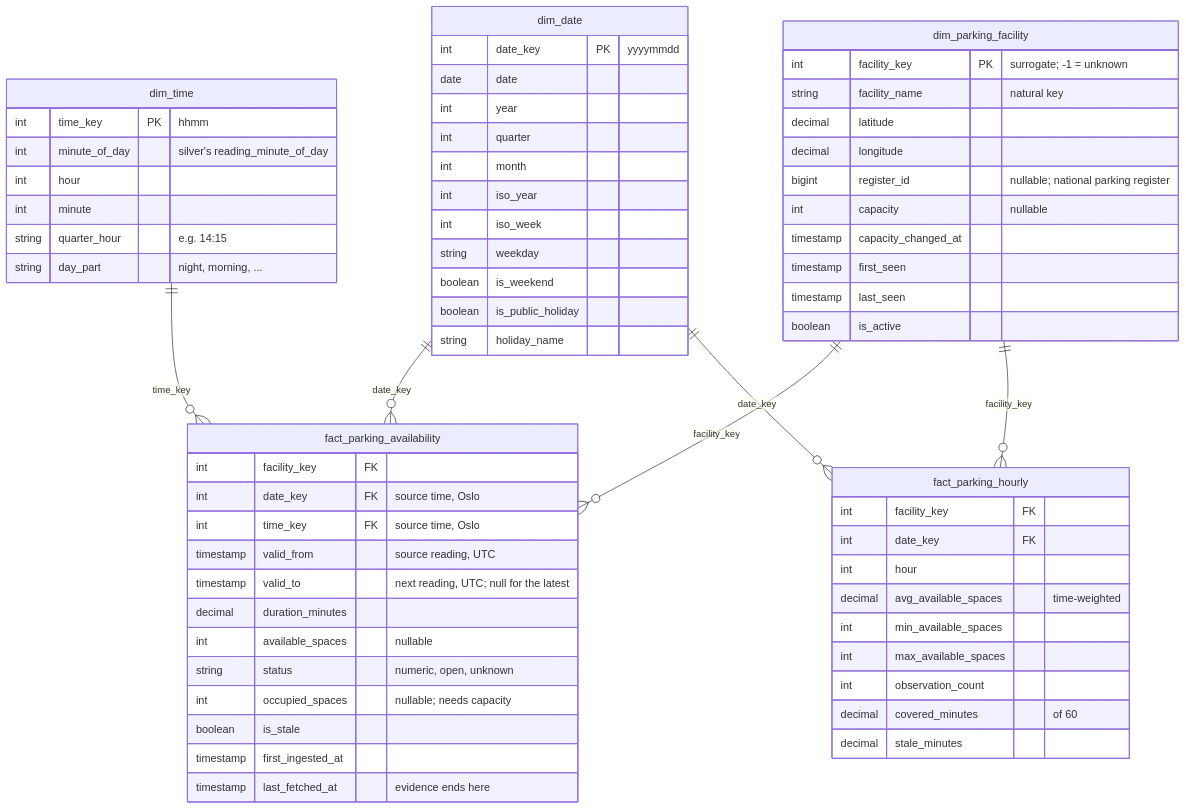
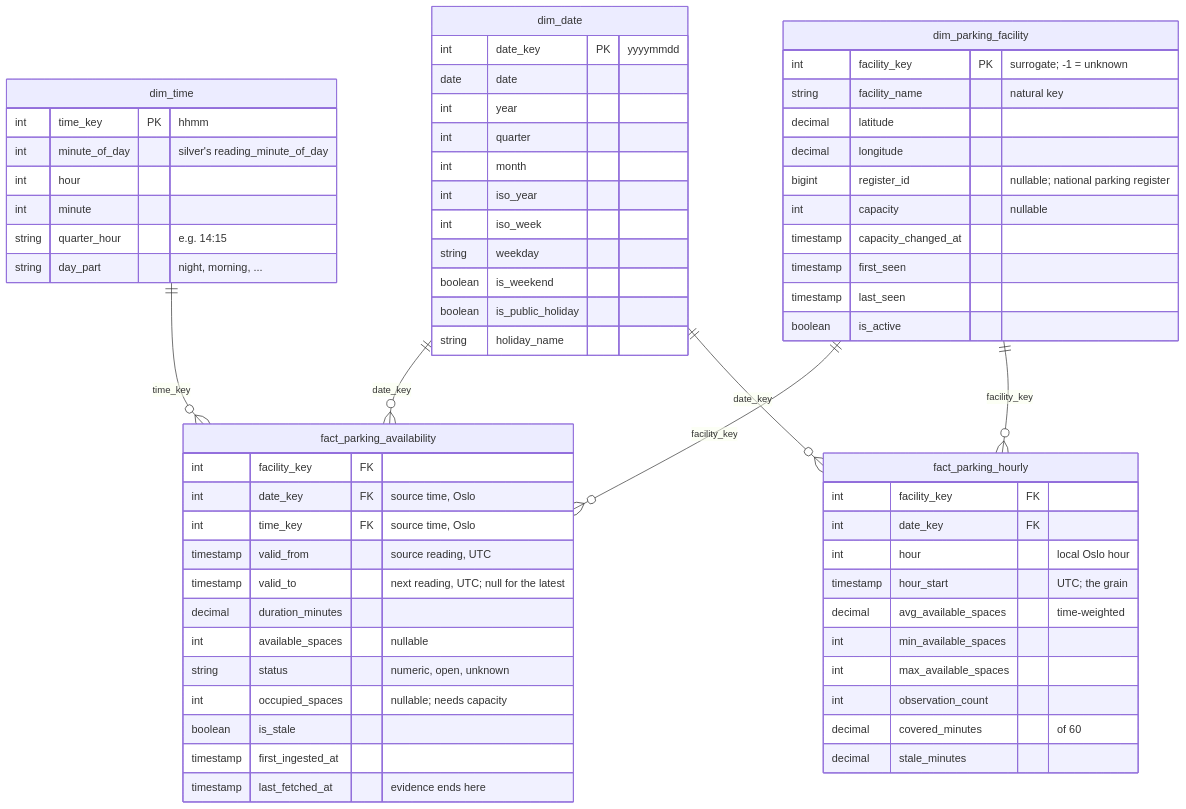
One commit to VirtueMe/stavangerparking changed the third of 3 diagrams in docs/architecture.md. Above: the diagram before and after it, drawn with Mermaid. The commit also changed 11 other files, not shown here.

````diff
--- a/docs/architecture.md
+++ b/docs/architecture.md
@@ -96,71 +96,72 @@
 ```mermaid
 erDiagram
     dim_date ||--o{ fact_parking_availability : "date_key"
     dim_time ||--o{ fact_parking_availability : "time_key"
     dim_parking_facility ||--o{ fact_parking_availability : "facility_key"
     dim_date ||--o{ fact_parking_hourly : "date_key"
     dim_parking_facility ||--o{ fact_parking_hourly : "facility_key"
 
     dim_date {
         int date_key PK "yyyymmdd"
         date date
         int year
         int quarter
         int month
         int iso_year
         int iso_week
         string weekday
         boolean is_weekend
         boolean is_public_holiday
         string holiday_name
     }
 
     dim_time {
         int time_key PK "hhmm"
         int minute_of_day "silver's reading_minute_of_day"
         int hour
         int minute
         string quarter_hour "e.g. 14:15"
         string day_part "night, morning, ..."
     }
 
     dim_parking_facility {
         int facility_key PK "surrogate; -1 = unknown"
         string facility_name "natural key"
         decimal latitude
         decimal longitude
         bigint register_id "nullable; national parking register"
         int capacity "nullable"
         timestamp capacity_changed_at
         timestamp first_seen
         timestamp last_seen
         boolean is_active
     }
 
     fact_parking_availability {
         int facility_key FK
         int date_key FK "source time, Oslo"
         int time_key FK "source time, Oslo"
         timestamp valid_from "source reading, UTC"
         timestamp valid_to "next reading, UTC; null for the latest"
         decimal duration_minutes
         int available_spaces "nullable"
         string status "numeric, open, unknown"
         int occupied_spaces "nullable; needs capacity"
         boolean is_stale
         timestamp first_ingested_at
         timestamp last_fetched_at "evidence ends here"
     }
 
     fact_parking_hourly {
         int facility_key FK
         int date_key FK
-        int hour
+        int hour "local Oslo hour"
+        timestamp hour_start "UTC; the grain"
         decimal avg_available_spaces "time-weighted"
         int min_available_spaces
         int max_available_spaces
         int observation_count
         decimal covered_minutes "of 60"
         decimal stale_minutes
     }
 ```
````
